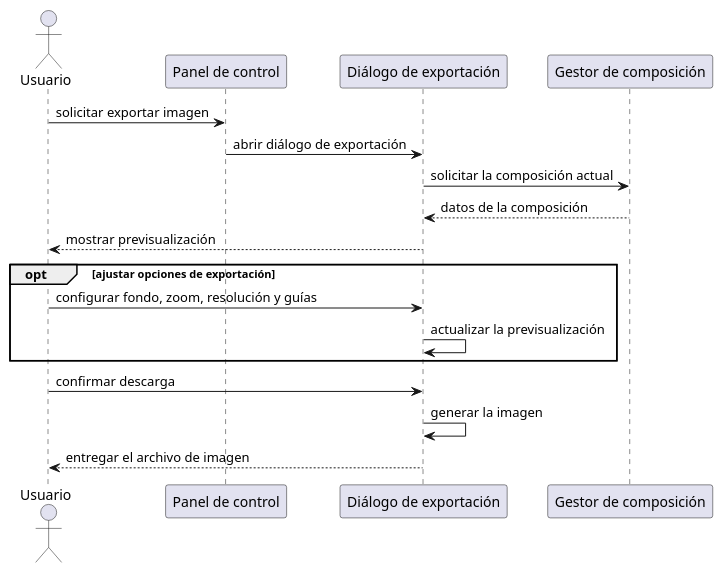
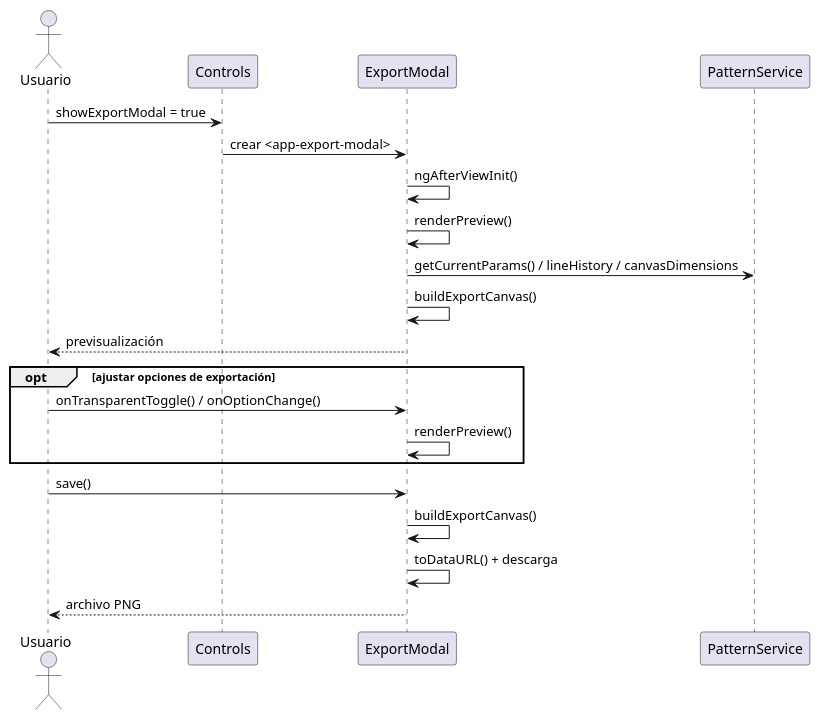
One commit to IgnacioMol/Epicycloid_generator changed the third of 5 diagrams in claude/memoria-cap5-diseno.md. Above: the diagram before and after it, drawn with PlantUML. The commit also changed other lines of this file and 1 other file, not shown here.

````diff
--- a/claude/memoria-cap5-diseno.md
+++ b/claude/memoria-cap5-diseno.md
@@ -176,23 +183,26 @@
 ```plantuml
 @startuml SecExportarImagenDiseno
 actor Usuario
-participant "Panel de control" as PC
-participant "Diálogo de exportación" as DE
-participant "Gestor de composición" as GC
+participant "Controls" as C
+participant "ExportModal" as EM
+participant "PatternService" as PS
 
-Usuario -> PC : solicitar exportar imagen
-PC -> DE : abrir diálogo de exportación
-DE -> GC : solicitar la composición actual
-GC --> DE : datos de la composición
-DE --> Usuario : mostrar previsualización
+Usuario -> C : showExportModal = true
+C -> EM : crear <app-export-modal>
+EM -> EM : ngAfterViewInit()
+EM -> EM : renderPreview()
+EM -> PS : getCurrentParams() / lineHistory / canvasDimensions
+EM -> EM : buildExportCanvas()
+EM --> Usuario : previsualización
 
 opt ajustar opciones de exportación
-  Usuario -> DE : configurar fondo, zoom, resolución y guías
-  DE -> DE : actualizar la previsualización
+  Usuario -> EM : onTransparentToggle() / onOptionChange()
+  EM -> EM : renderPreview()
 end
 
-Usuario -> DE : confirmar descarga
-DE -> DE : generar la imagen
-DE --> Usuario : entregar el archivo de imagen
+Usuario -> EM : save()
+EM -> EM : buildExportCanvas()
+EM -> EM : toDataURL() + descarga
+EM --> Usuario : archivo PNG
 @enduml
 ```
````
